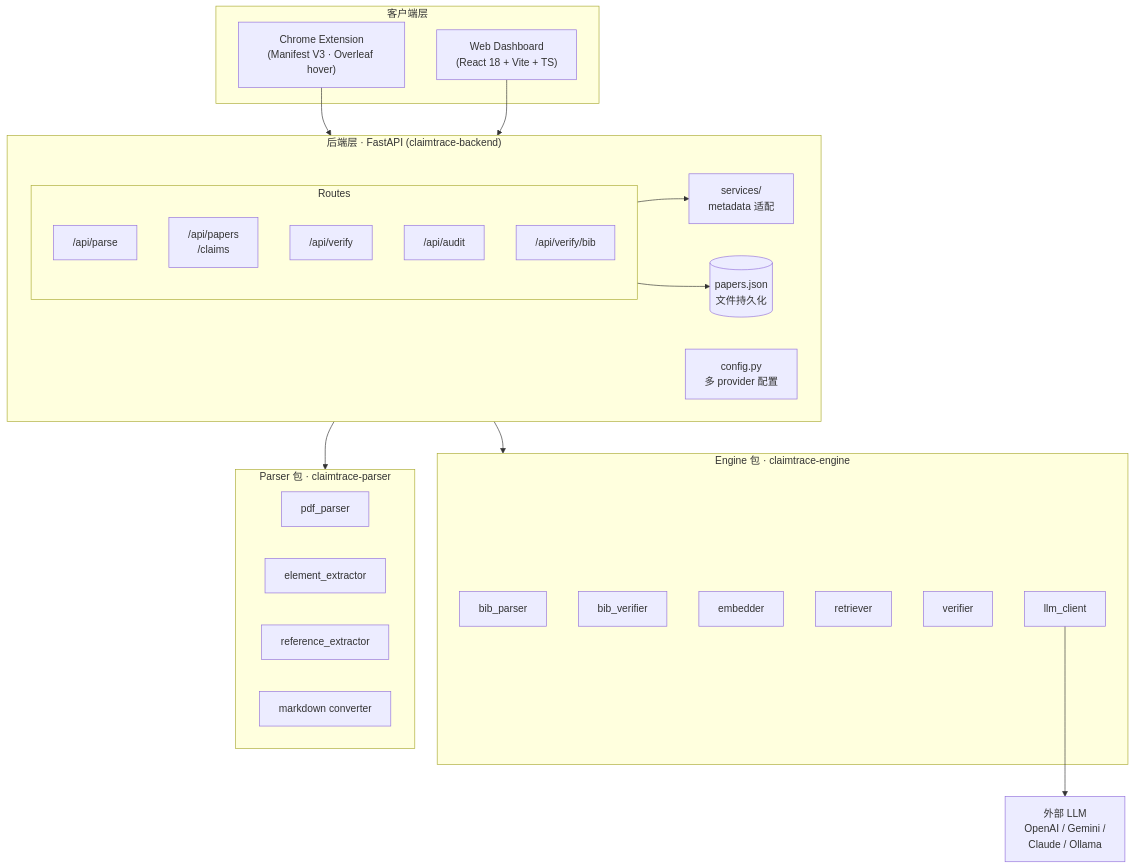
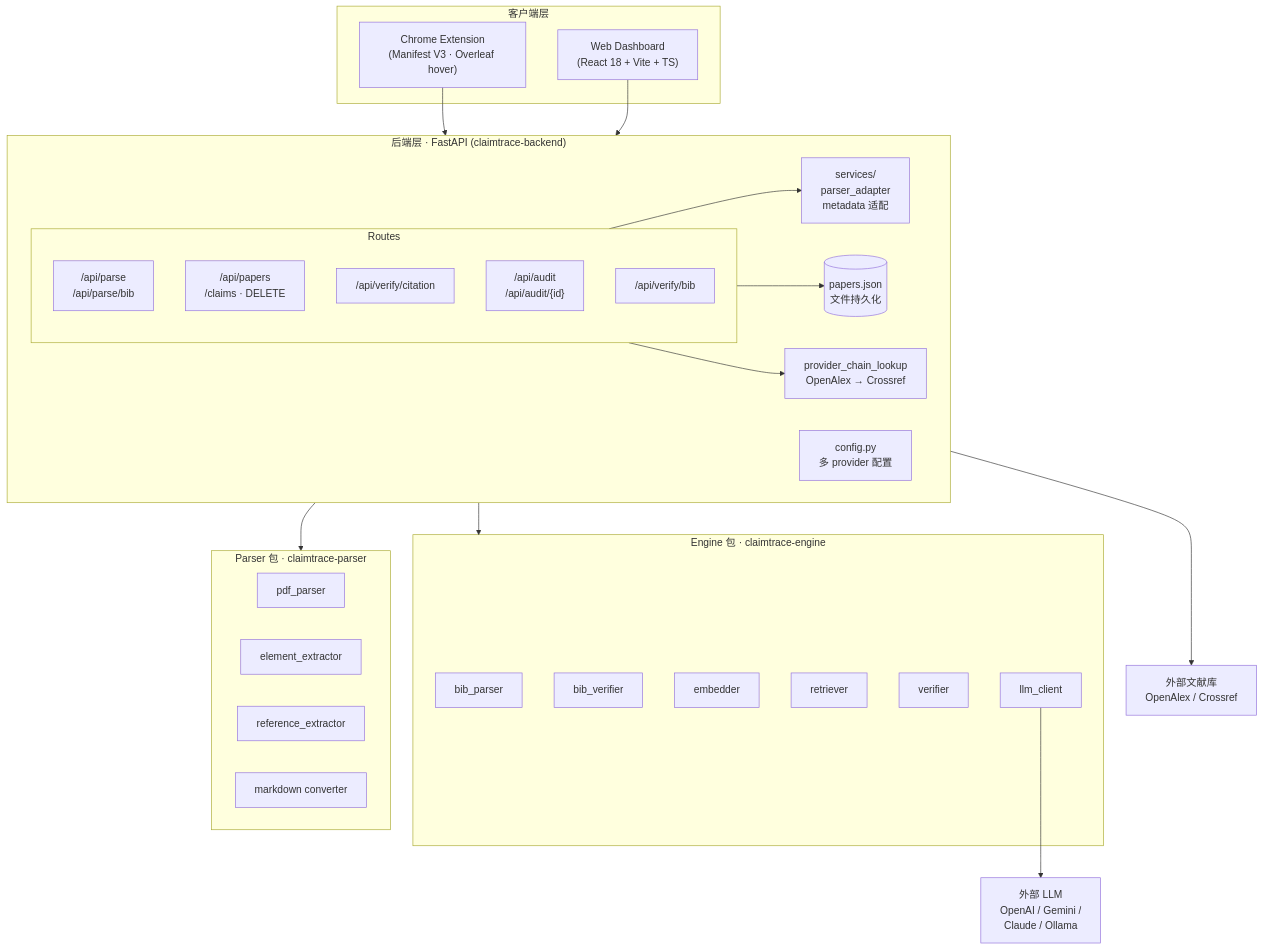
The first of 3 diagrams in claimtrace/docs/architecture.md (owen-49/2026SIS_Group18), drawn with Mermaid before and after one commit. The commit also changed other lines of this file and 50 other files, not shown here.

````diff
--- a/claimtrace/docs/architecture.md
+++ b/claimtrace/docs/architecture.md
@@ -11,45 +13,48 @@
 ```mermaid
 flowchart TB
     subgraph Client["客户端层"]
         FE["Web Dashboard<br/>(React 18 + Vite + TS)"]
         EXT["Chrome Extension<br/>(Manifest V3 · Overleaf hover)"]
     end
 
     subgraph API["后端层 · FastAPI (claimtrace-backend)"]
         direction LR
         subgraph ROUTES["Routes"]
-            R_PARSE["/api/parse"]
-            R_PAPERS["/api/papers<br/>/claims"]
-            R_VERIFY["/api/verify"]
-            R_AUDIT["/api/audit"]
+            R_PARSE["/api/parse<br/>/api/parse/bib"]
+            R_PAPERS["/api/papers<br/>/claims · DELETE"]
+            R_VERIFY["/api/verify/citation"]
+            R_AUDIT["/api/audit<br/>/api/audit/{id}"]
             R_BIB["/api/verify/bib"]
         end
         CFG["config.py<br/>多 provider 配置"]
         STORE[("papers.json<br/>文件持久化")]
-        SVC["services/<br/>metadata 适配"]
+        SVC["services/<br/>parser_adapter<br/>metadata 适配"]
+        CHAIN["provider_chain_lookup<br/>OpenAlex → Crossref"]
     end
 
     subgraph ENGINE["Engine 包 · claimtrace-engine"]
         BP["bib_parser"]
         BV["bib_verifier"]
         EM["embedder"]
         RT["retriever"]
         VF["verifier"]
         LC["llm_client"]
     end
 
     subgraph PARSER["Parser 包 · claimtrace-parser"]
         PP["pdf_parser"]
         EE["element_extractor"]
         RE["reference_extractor"]
         MC["markdown converter"]
     end
 
     EXT --> ROUTES
     FE --> ROUTES
     ROUTES --> SVC
     ROUTES --> ENGINE
     ROUTES --> PARSER
     ROUTES --> STORE
+    ROUTES --> CHAIN
+    CHAIN --> EXTREF["外部文献库<br/>OpenAlex / Crossref"]
     LC --> LLM["外部 LLM<br/>OpenAI / Gemini /<br/>Claude / Ollama"]
 ```
````
